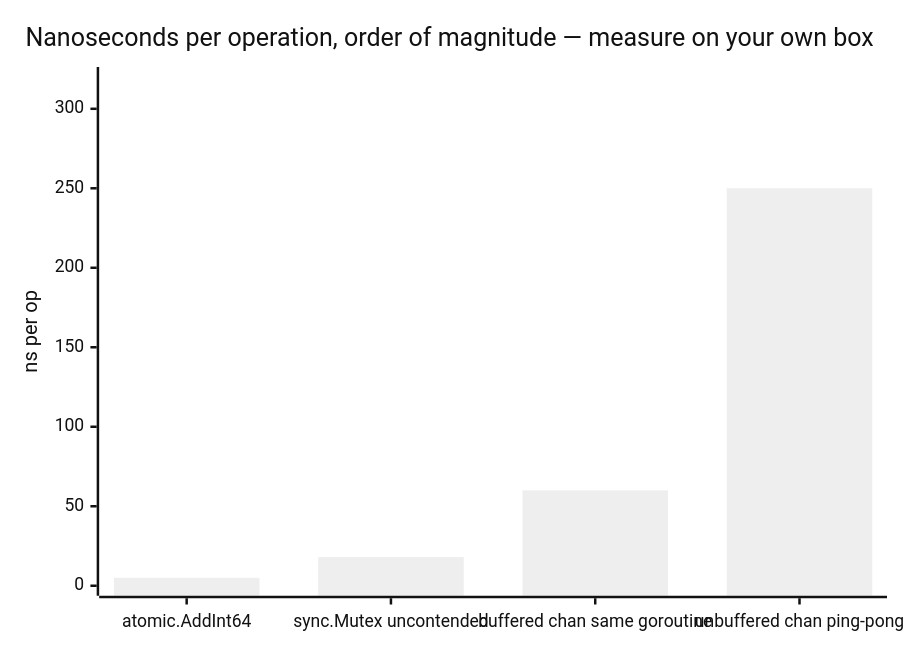
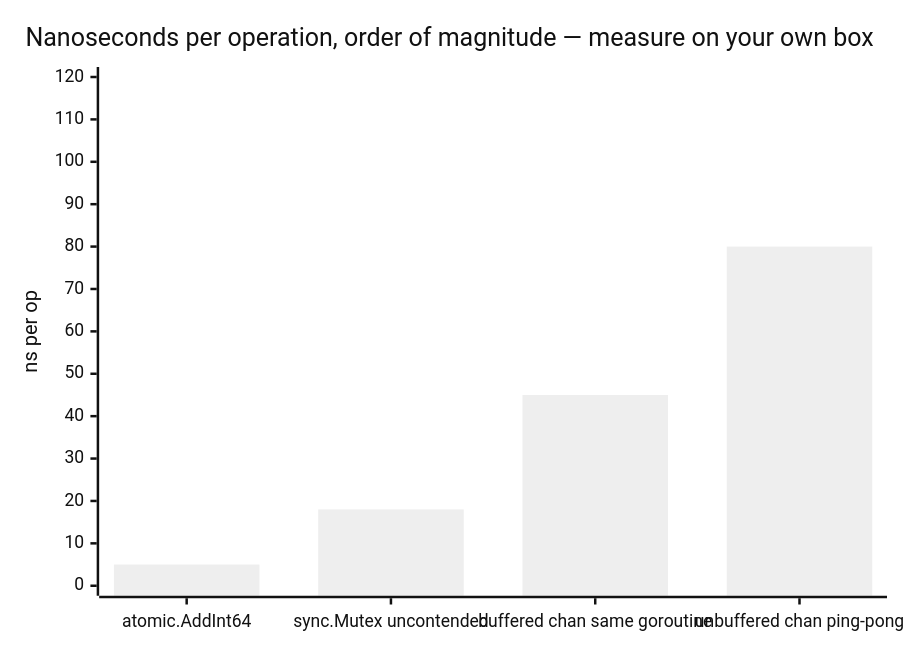
One commit to rppol/system-design changed the fourth of 4 diagrams in src/main/java/com/rutik/systemdesign/go/channels_and_select/channels_and_select.md. Above: the diagram before and after it, drawn with Mermaid (neutral theme). The commit also changed other lines of this file and 34 other files, not shown here.

````diff
--- a/src/main/java/com/rutik/systemdesign/go/channels_and_select/channels_and_select.md
+++ b/src/main/java/com/rutik/systemdesign/go/channels_and_select/channels_and_select.md
@@ -310,7 +310,7 @@
 ```mermaid
 xychart-beta
     title "Nanoseconds per operation, order of magnitude — measure on your own box"
     x-axis ["atomic.AddInt64", "sync.Mutex uncontended", "buffered chan same goroutine", "unbuffered chan ping-pong"]
-    y-axis "ns per op" 0 --> 320
-    bar [5, 18, 60, 250]
+    y-axis "ns per op" 0 --> 120
+    bar [5, 18, 45, 80]
 ```
````
